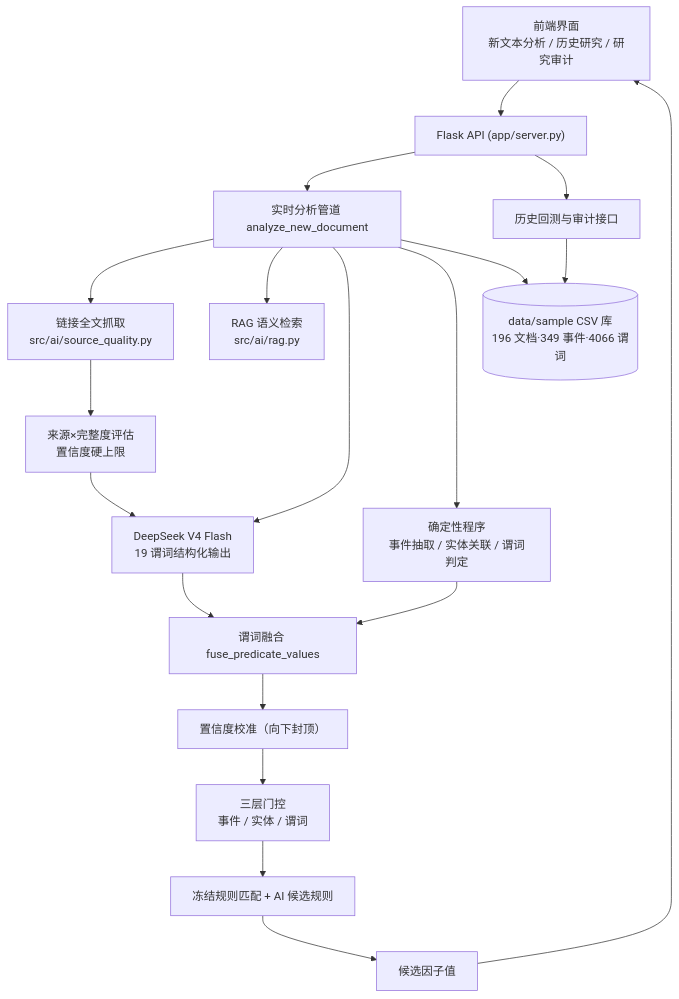
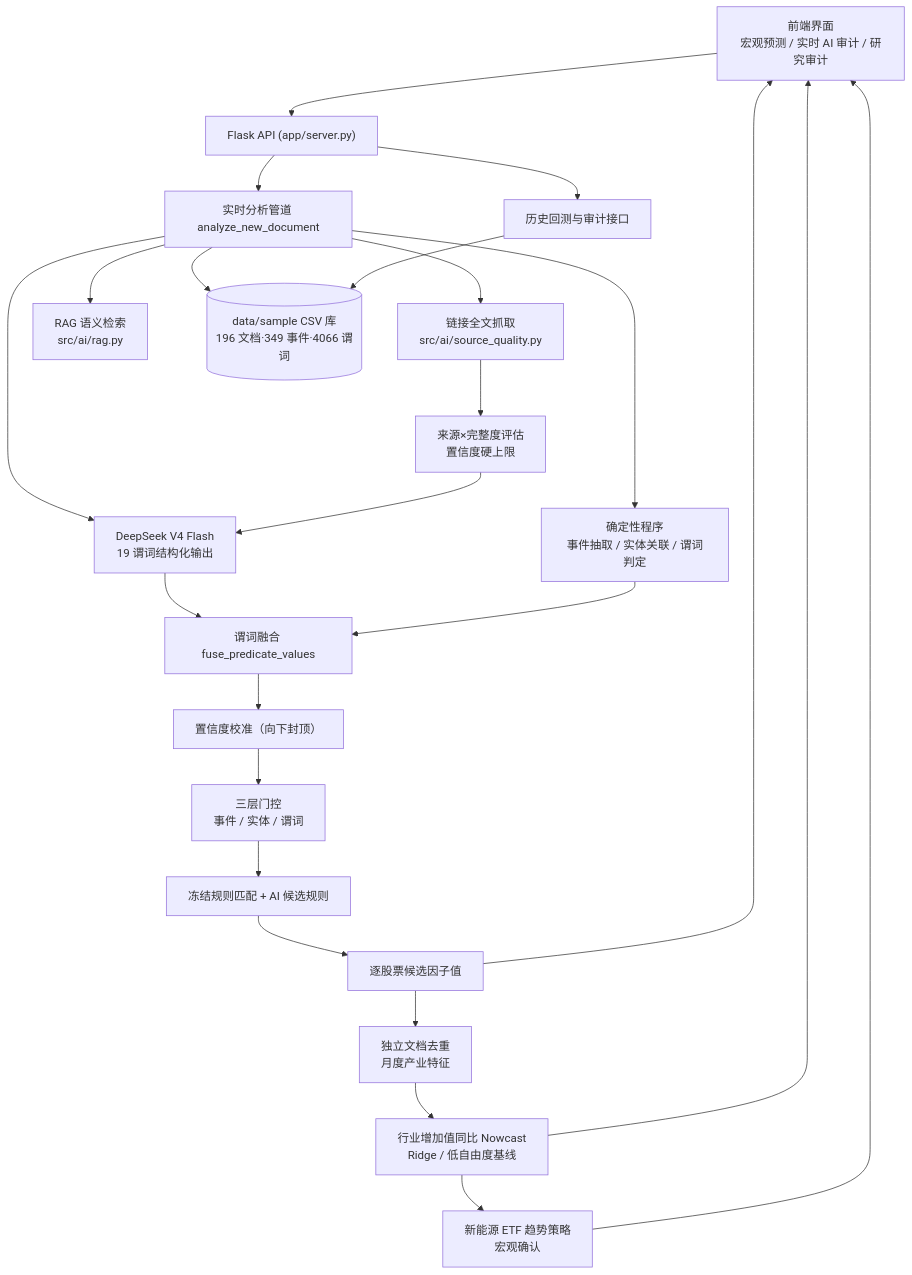
Before and after one commit to chiiiiiiing/Gonghangbei: the diagram in README.md, drawn with Mermaid. The commit also changed other lines of this file and 22 other files, not shown here.

````diff
--- a/README.md
+++ b/README.md
@@ -65,24 +66,29 @@
 ```mermaid
 flowchart TD
-    UI["前端界面<br/>新文本分析 / 历史研究 / 研究审计"] --> API["Flask API (app/server.py)"]
+    UI["前端界面<br/>宏观预测 / 实时 AI 审计 / 研究审计"] --> API["Flask API (app/server.py)"]
     API --> LIVE["实时分析管道 analyze_new_document"]
     API --> HIST["历史回测与审计接口"]
 
     LIVE --> FETCH["链接全文抓取<br/>src/ai/source_quality.py"]
     LIVE --> RAG["RAG 语义检索<br/>src/ai/rag.py"]
     LIVE --> AI["DeepSeek V4 Flash<br/>19 谓词结构化输出"]
     LIVE --> DET["确定性程序<br/>事件抽取 / 实体关联 / 谓词判定"]
 
     FETCH --> QUALITY["来源×完整度评估<br/>置信度硬上限"]
     QUALITY --> AI
     AI --> FUSE["谓词融合 fuse_predicate_values"]
     DET --> FUSE
     FUSE --> CAL["置信度校准（向下封顶）"]
     CAL --> GATE["三层门控<br/>事件 / 实体 / 谓词"]
     GATE --> RULE["冻结规则匹配 + AI 候选规则"]
-    RULE --> FACTOR["候选因子值"]
+    RULE --> FACTOR["逐股票候选因子值"]
+    FACTOR --> MONTH["独立文档去重<br/>月度产业特征"]
+    MONTH --> NOWCAST["行业增加值同比 Nowcast<br/>Ridge / 低自由度基线"]
+    NOWCAST --> STRATEGY["新能源 ETF 趋势策略<br/>宏观确认"]
 
     LIVE --> CSV[("data/sample CSV 库<br/>196 文档·349 事件·4066 谓词")]
     HIST --> CSV
     FACTOR --> UI
+    NOWCAST --> UI
+    STRATEGY --> UI
 ```
````
